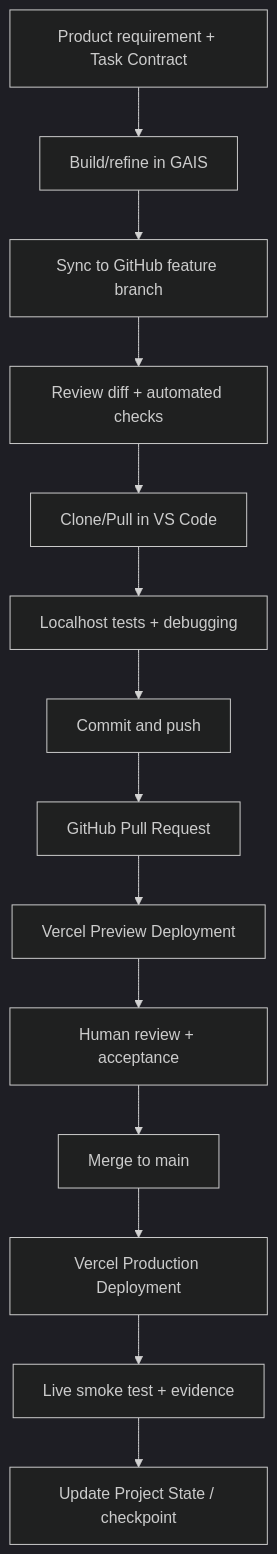
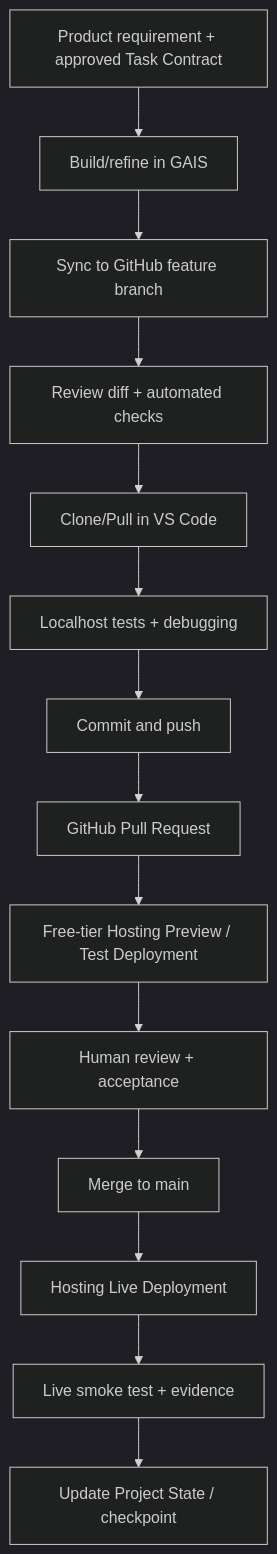
The diagram in projects/task-management/design/architecture/v0.1/BVC_TASK_MANAGEMENT_DEVELOPMENT_TESTING_DEPLOYMENT_V0.1.md (donghp/beyond-vibe-coding), drawn with Mermaid (dark theme) before and after one commit. The commit also changed other lines of this file, not shown here.

First line of the commit message:
docs(phase3.2): make deployment workflow provider-neutral

````diff
--- a/projects/task-management/design/architecture/v0.1/BVC_TASK_MANAGEMENT_DEVELOPMENT_TESTING_DEPLOYMENT_V0.1.md
+++ b/projects/task-management/design/architecture/v0.1/BVC_TASK_MANAGEMENT_DEVELOPMENT_TESTING_DEPLOYMENT_V0.1.md
@@ -40,16 +85,16 @@
 ```mermaid
 flowchart TD
-  A[Product requirement + Task Contract] --> B[Build/refine in GAIS]
+  A[Product requirement + approved Task Contract] --> B[Build/refine in GAIS]
   B --> C[Sync to GitHub feature branch]
   C --> D[Review diff + automated checks]
   D --> E[Clone/Pull in VS Code]
   E --> F[Localhost tests + debugging]
   F --> G[Commit and push]
   G --> H[GitHub Pull Request]
-  H --> I[Vercel Preview Deployment]
+  H --> I[Free-tier Hosting Preview / Test Deployment]
   I --> J[Human review + acceptance]
   J --> K[Merge to main]
-  K --> L[Vercel Production Deployment]
+  K --> L[Hosting Live Deployment]
   L --> M[Live smoke test + evidence]
   M --> N[Update Project State / checkpoint]
 ```
````
